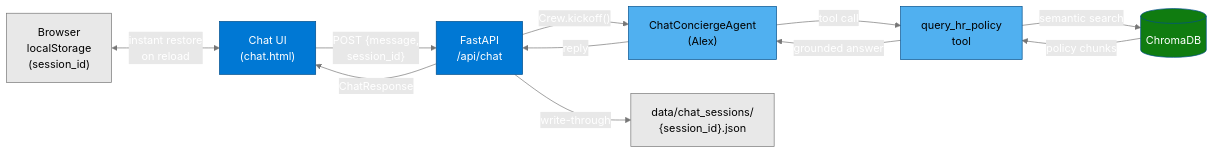
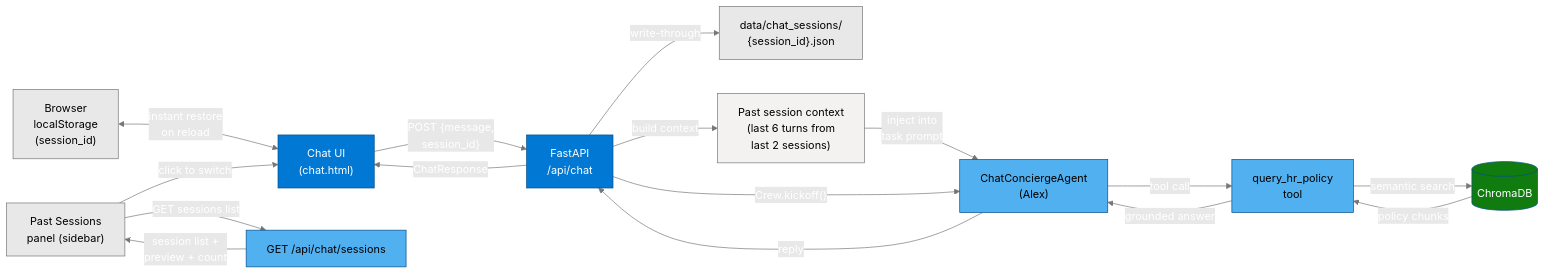
One commit to pythontime/agents2 changed the fourth of 4 diagrams in contoso-hr-agent/README.md. Above: the diagram before and after it, drawn with Mermaid. The commit also changed other lines of this file and 141 other files, not shown here.

First line of the commit message:
feat: parallel pipeline, Pipeline Runs page, chat sessions, full doc refresh

````diff
--- a/contoso-hr-agent/README.md
+++ b/contoso-hr-agent/README.md
@@ -243,30 +268,41 @@
 ```mermaid
 %%{init: {'theme':'base','themeVariables':{'primaryColor':'#0078D4','primaryTextColor':'#FFFFFF','primaryBorderColor':'#004E8C','lineColor':'#767676','secondaryColor':'#E8E8E8','tertiaryColor':'#F3F2F1'}}}%%
 flowchart LR
     LS["Browser<br/>localStorage<br/>(session_id)"]
     UI["Chat UI<br/>(chat.html)"]
+    SIDEBAR["Past Sessions<br/>panel (sidebar)"]
     API["FastAPI<br/>/api/chat"]
+    SESSIONS_API["GET /api/chat/sessions"]
     ALEX["ChatConciergeAgent<br/>(Alex)"]
     QHP["query_hr_policy<br/>tool"]
     CHROMA[("ChromaDB")]
     JSON["data/chat_sessions/<br/>{session_id}.json"]
+    PAST["Past session context<br/>(last 6 turns from<br/>last 2 sessions)"]
 
     LS <-->|"instant restore<br/>on reload"| UI
+    SIDEBAR -->|"GET sessions list"| SESSIONS_API
+    SESSIONS_API -->|"session list +<br/>preview + count"| SIDEBAR
+    SIDEBAR -->|"click to switch"| UI
     UI -->|"POST {message,<br/>session_id}"| API
+    API -->|"build context"| PAST
+    PAST -->|"inject into<br/>task prompt"| ALEX
     API -->|"Crew.kickoff()"| ALEX
     ALEX -->|"tool call"| QHP
     QHP -->|"semantic search"| CHROMA
     CHROMA -->|"policy chunks"| QHP
     QHP -->|"grounded answer"| ALEX
     ALEX -->|"reply"| API
     API -->|"write-through"| JSON
     API -->|"ChatResponse"| UI
 
     style LS fill:#E8E8E8,stroke:#767676,color:#000000
     style UI fill:#0078D4,stroke:#004E8C,color:#FFFFFF
+    style SIDEBAR fill:#E8E8E8,stroke:#767676,color:#000000
+    style SESSIONS_API fill:#50B0F0,stroke:#004E8C,color:#000000
     style API fill:#0078D4,stroke:#004E8C,color:#FFFFFF
     style ALEX fill:#50B0F0,stroke:#004E8C,color:#000000
     style QHP fill:#50B0F0,stroke:#004E8C,color:#000000
     style CHROMA fill:#107C10,stroke:#004E8C,color:#FFFFFF
     style JSON fill:#E8E8E8,stroke:#767676,color:#000000
+    style PAST fill:#F3F2F1,stroke:#767676,color:#000000
 ```
````
